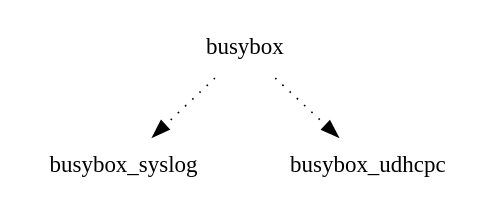
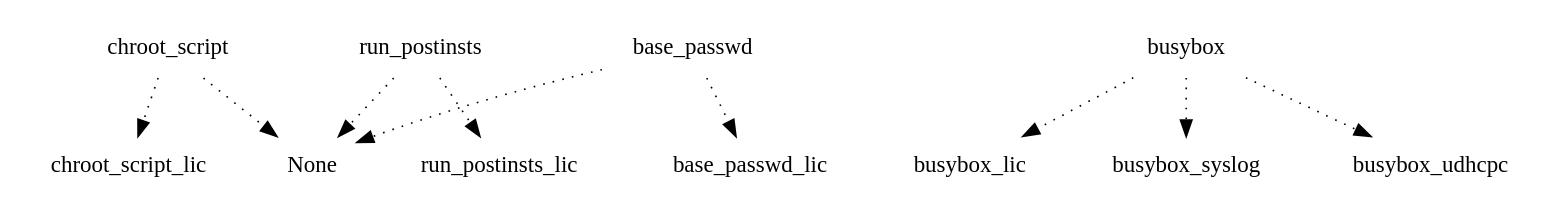
One commit to webOS-ports/buildhistory changed the diagram in images/tuna/eglibc/chroot-image/depends-nokernel-nolibc-noupdate-nomodules.dot. Above: the diagram before and after it, drawn with Graphviz. The commit also changed 10 other files, not shown here.

```diff
--- a/images/tuna/eglibc/chroot-image/depends-nokernel-nolibc-noupdate-nomodules.dot
+++ b/images/tuna/eglibc/chroot-image/depends-nokernel-nolibc-noupdate-nomodules.dot
@@ -1,5 +1,12 @@
 digraph depends {
     node [shape=plaintext]
+base_passwd -> None [style=dotted];
+base_passwd -> base_passwd_lic [style=dotted];
+busybox -> busybox_lic [style=dotted];
 busybox -> busybox_syslog [style=dotted];
 busybox -> busybox_udhcpc [style=dotted];
+chroot_script -> None [style=dotted];
+chroot_script -> chroot_script_lic [style=dotted];
+run_postinsts -> None [style=dotted];
+run_postinsts -> run_postinsts_lic [style=dotted];
 }
```
